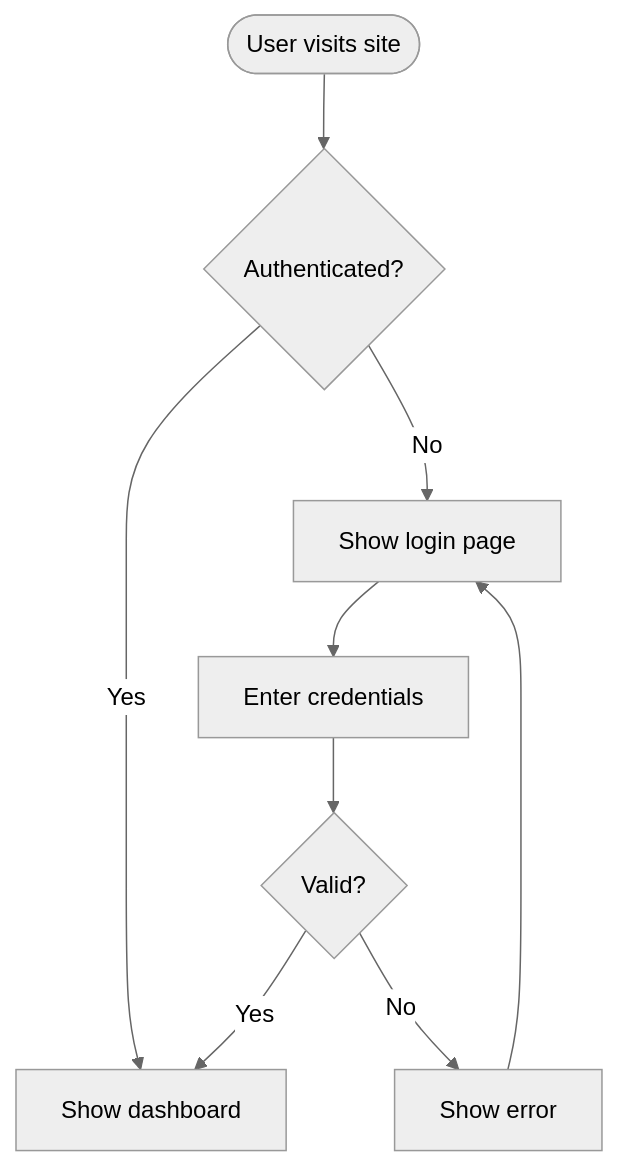
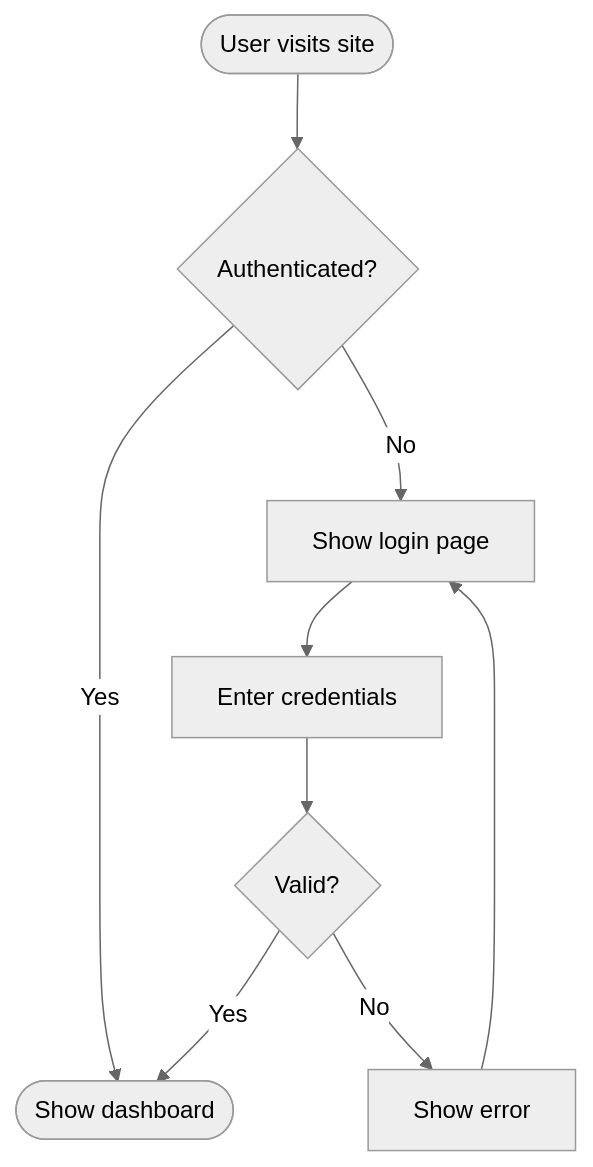
Before and after one commit to costa-marcello/repertoire: the third of 6 diagrams in skills/mermaid-diagrams/SKILL.md, drawn with Mermaid (neutral theme). The commit also changed other lines of this file and 12 other files, not shown here.

First line of the commit message:
Fix mermaid-diagrams examples that broke its own rules

````diff
--- a/skills/mermaid-diagrams/SKILL.md
+++ b/skills/mermaid-diagrams/SKILL.md
@@ -94,11 +137,11 @@
 ```mermaid
 flowchart TD
     Start([User visits site]) --> Auth{Authenticated?}
     Auth -->|No| Login[Show login page]
-    Auth -->|Yes| Dashboard[Show dashboard]
+    Auth -->|Yes| Dashboard([Show dashboard])
     Login --> Creds[Enter credentials]
     Creds --> Validate{Valid?}
     Validate -->|Yes| Dashboard
     Validate -->|No| Error[Show error]
     Error --> Login
 ```
````
